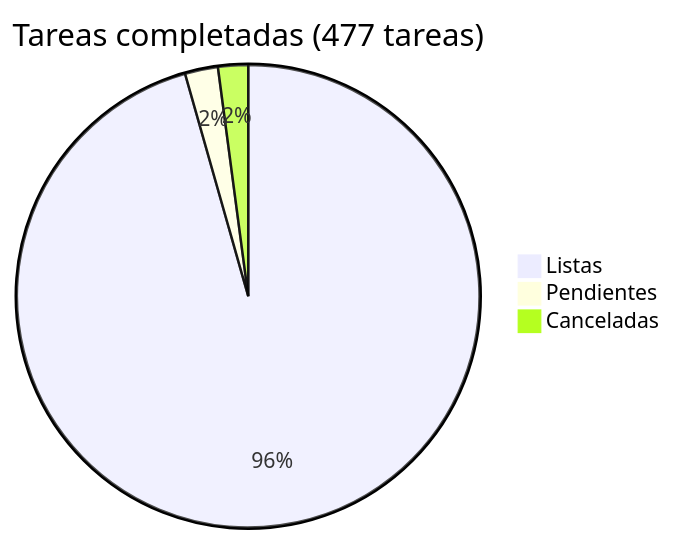
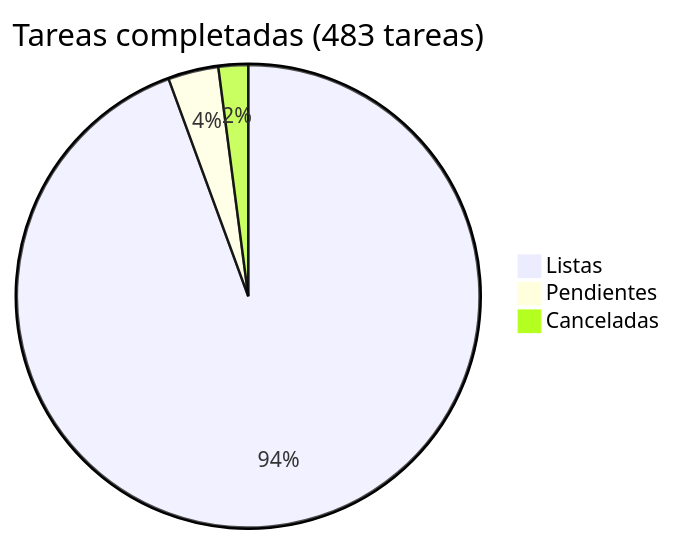
Before and after one commit to araguaney-lat/araguaney: the diagram in docs/roadmap/README.md, drawn with Mermaid. The commit also changed other lines of this file and 4 other files, not shown here.

````diff
--- a/docs/roadmap/README.md
+++ b/docs/roadmap/README.md
@@ -5,6 +5,6 @@
 ```mermaid
-pie title Tareas completadas (477 tareas)
+pie title Tareas completadas (483 tareas)
     "Listas" : 456
-    "Pendientes" : 11
+    "Pendientes" : 17
     "Canceladas" : 10
 ```
````
